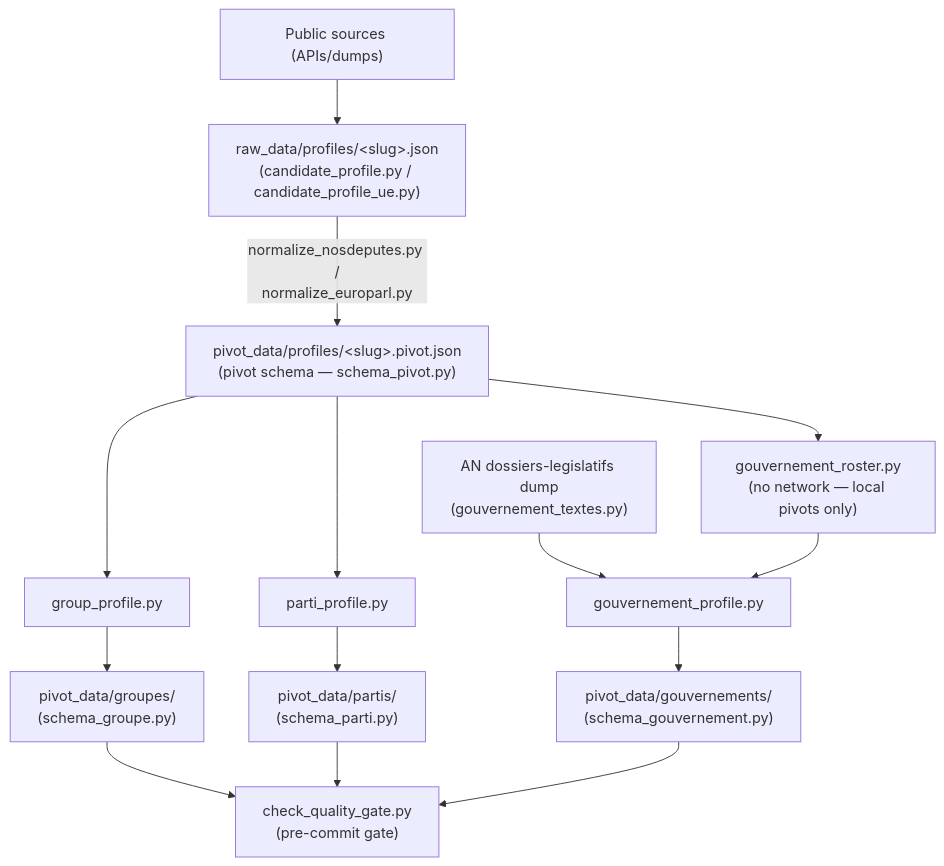
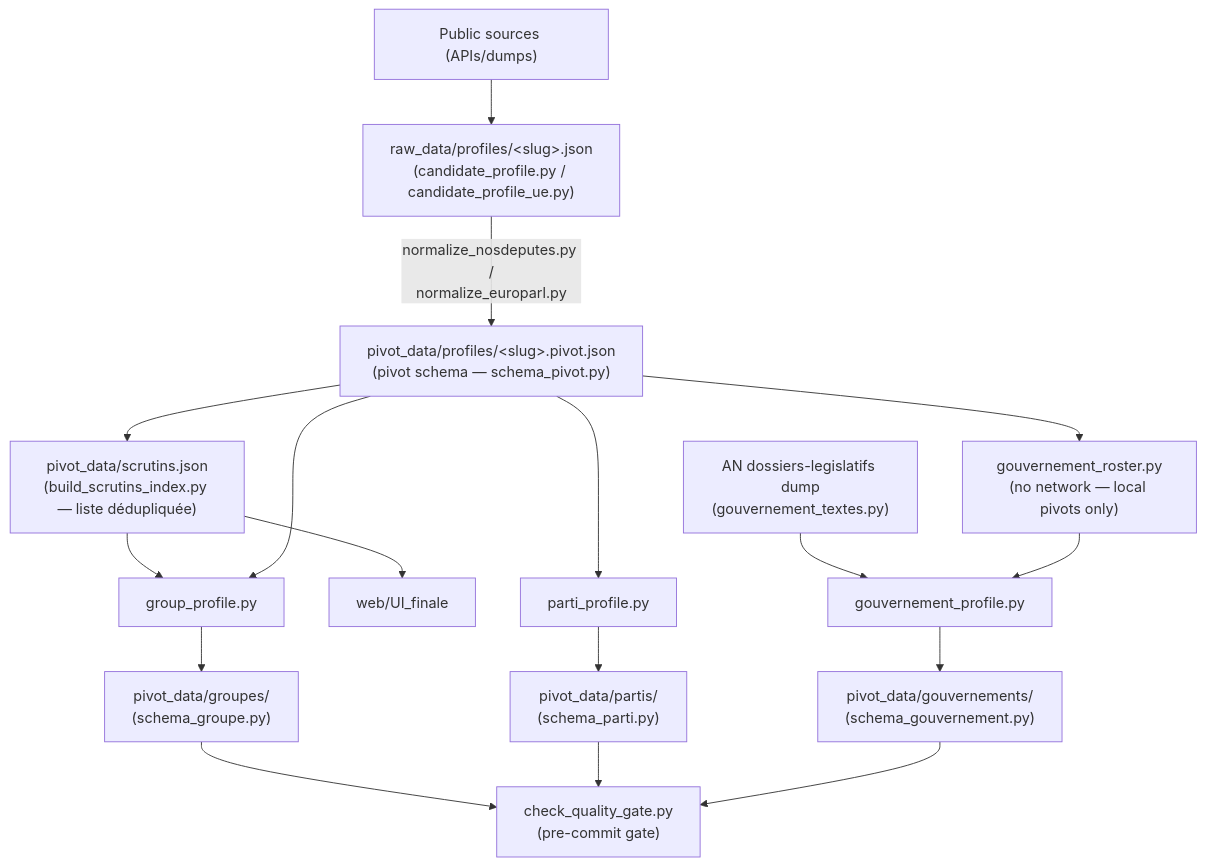
One commit to stephieED/Empreinte-politique-src changed the diagram in AGENTS.md. Above: the diagram before and after it, drawn with Mermaid. The commit also changed other lines of this file and 21 other files, not shown here.

````diff
--- a/AGENTS.md
+++ b/AGENTS.md
@@ -36,16 +36,19 @@
 ```mermaid
 graph TD
     A["Public sources (APIs/dumps)"] --> B["raw_data/profiles/&lt;slug&gt;.json<br/>(candidate_profile.py / candidate_profile_ue.py)"]
     B -->|"normalize_nosdeputes.py /<br/>normalize_europarl.py"| C["pivot_data/profiles/&lt;slug&gt;.pivot.json<br/>(pivot schema — schema_pivot.py)"]
+    C --> S["pivot_data/scrutins.json<br/>(build_scrutins_index.py — liste dédupliquée)"]
+    S --> D
+    S --> W["web/UI_finale"]
     C --> D["group_profile.py"]
     C --> E["parti_profile.py"]
     C --> I["gouvernement_roster.py<br/>(no network — local pivots only)"]
     J["AN dossiers-legislatifs dump<br/>(gouvernement_textes.py)"] --> K["gouvernement_profile.py"]
     I --> K
     D --> F["pivot_data/groupes/<br/>(schema_groupe.py)"]
     E --> G["pivot_data/partis/<br/>(schema_parti.py)"]
     K --> L["pivot_data/gouvernements/<br/>(schema_gouvernement.py)"]
     F --> H["check_quality_gate.py<br/>(pre-commit gate)"]
     G --> H
     L --> H
 ```
````
